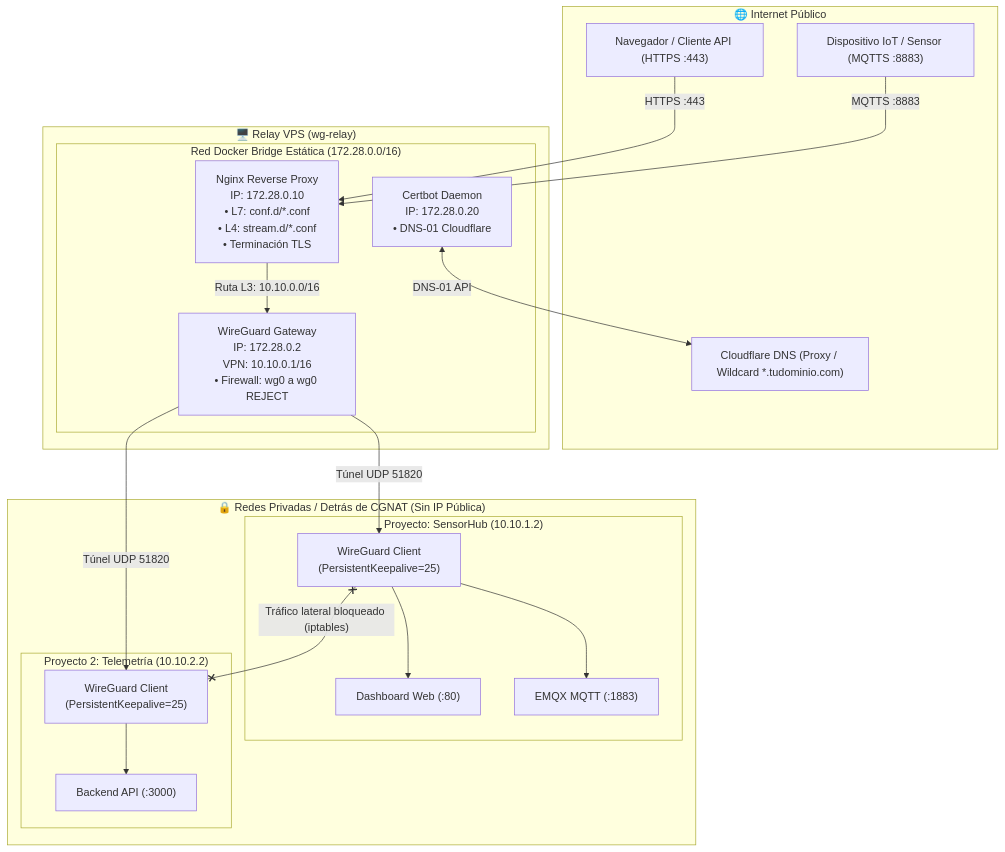
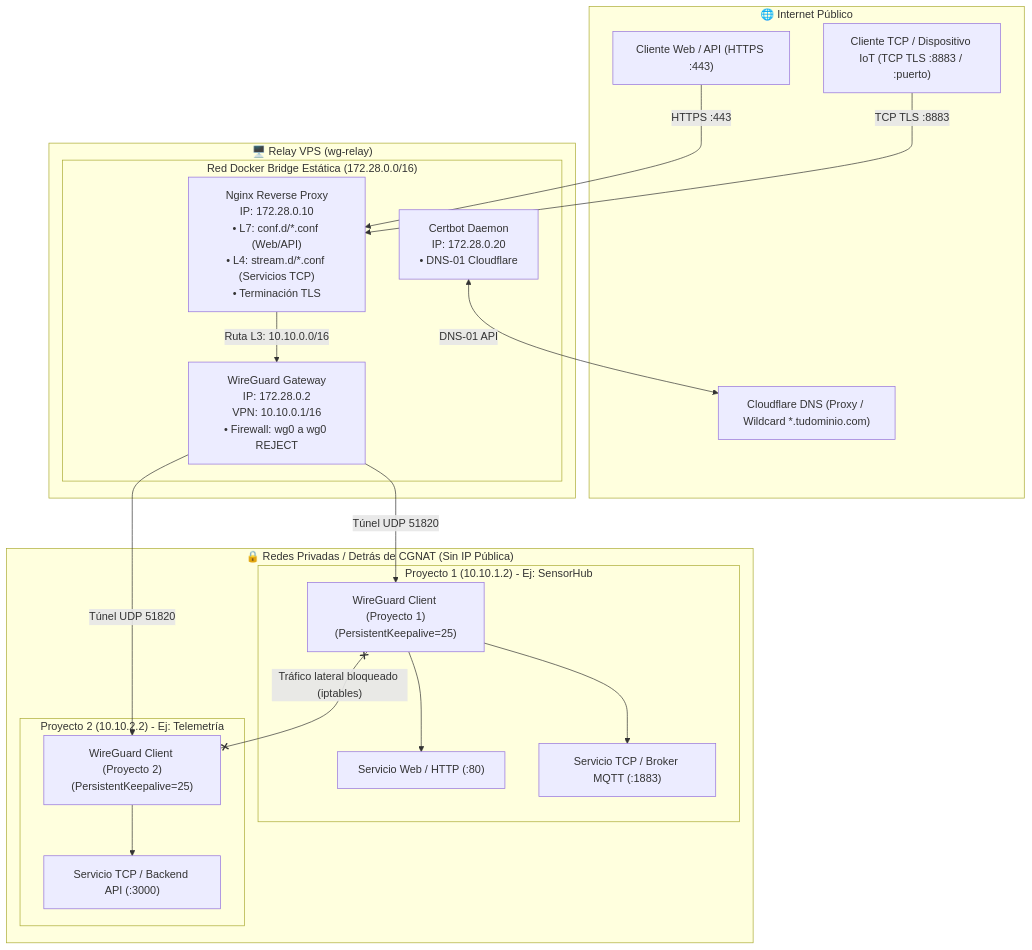
One commit to AndyPecotche/wg-relay changed the diagram in README.md. Above: the diagram before and after it, drawn with Mermaid. The commit also changed other lines of this file, not shown here.

Commit message:
docs: generalize TCP services and multi-project examples in documentation

````diff
--- a/README.md
+++ b/README.md
@@ -24,44 +24,44 @@
 ```mermaid
 flowchart TD
     subgraph Internet ["🌐 Internet Público"]
-        ClientWeb["Navegador / Cliente API (HTTPS :443)"]
-        ClientMQTT["Dispositivo IoT / Sensor (MQTTS :8883)"]
+        ClientWeb["Cliente Web / API (HTTPS :443)"]
+        ClientTCP["Cliente TCP / Dispositivo IoT (TCP TLS :8883 / :puerto)"]
         CF_DNS["Cloudflare DNS (Proxy / Wildcard *.tudominio.com)"]
     end
 
     subgraph VPS ["🖥️ Relay VPS (wg-relay)"]
         subgraph DockerNet ["Red Docker Bridge Estática (172.28.0.0/16)"]
-            Nginx["Nginx Reverse Proxy<br/>IP: 172.28.0.10<br/>• L7: conf.d/*.conf<br/>• L4: stream.d/*.conf<br/>• Terminación TLS"]
+            Nginx["Nginx Reverse Proxy<br/>IP: 172.28.0.10<br/>• L7: conf.d/*.conf (Web/API)<br/>• L4: stream.d/*.conf (Servicios TCP)<br/>• Terminación TLS"]
             WG_Server["WireGuard Gateway<br/>IP: 172.28.0.2<br/>VPN: 10.10.0.1/16<br/>• Firewall: wg0 a wg0 REJECT"]
             Certbot["Certbot Daemon<br/>IP: 172.28.0.20<br/>• DNS-01 Cloudflare"]
         end
     end
 
     subgraph CGNAT_Area ["🔒 Redes Privadas / Detrás de CGNAT (Sin IP Pública)"]
-        subgraph Proj1 ["Proyecto: SensorHub (10.10.1.2)"]
-            WG_Peer1["WireGuard Client<br/>(PersistentKeepalive=25)"]
-            Web1["Dashboard Web (:80)"]
-            Broker1["EMQX MQTT (:1883)"]
+        subgraph Proj1 ["Proyecto 1 (10.10.1.2) - Ej: SensorHub"]
+            WG_Peer1["WireGuard Client (Proyecto 1)<br/>(PersistentKeepalive=25)"]
+            Web1["Servicio Web / HTTP (:80)"]
+            TCP1["Servicio TCP / Broker MQTT (:1883)"]
         end
 
-        subgraph Proj2 ["Proyecto 2: Telemetría (10.10.2.2)"]
-            WG_Peer2["WireGuard Client<br/>(PersistentKeepalive=25)"]
-            API2["Backend API (:3000)"]
+        subgraph Proj2 ["Proyecto 2 (10.10.2.2) - Ej: Telemetría"]
+            WG_Peer2["WireGuard Client (Proyecto 2)<br/>(PersistentKeepalive=25)"]
+            TCP2["Servicio TCP / Backend API (:3000)"]
         end
     end
 
     ClientWeb -->|"HTTPS :443"| Nginx
-    ClientMQTT -->|"MQTTS :8883"| Nginx
+    ClientTCP -->|"TCP TLS :8883"| Nginx
     Certbot <-->|"DNS-01 API"| CF_DNS
 
     Nginx -->|"Ruta L3: 10.10.0.0/16"| WG_Server
     WG_Server -->|"Túnel UDP 51820"| WG_Peer1
     WG_Server -->|"Túnel UDP 51820"| WG_Peer2
 
     WG_Peer1 --> Web1
-    WG_Peer1 --> Broker1
-    WG_Peer2 --> API2
+    WG_Peer1 --> TCP1
+    WG_Peer2 --> TCP2
 
     %% Aislamiento
     WG_Peer1 x--x|"Tráfico lateral bloqueado (iptables)"| WG_Peer2
 ```
````
